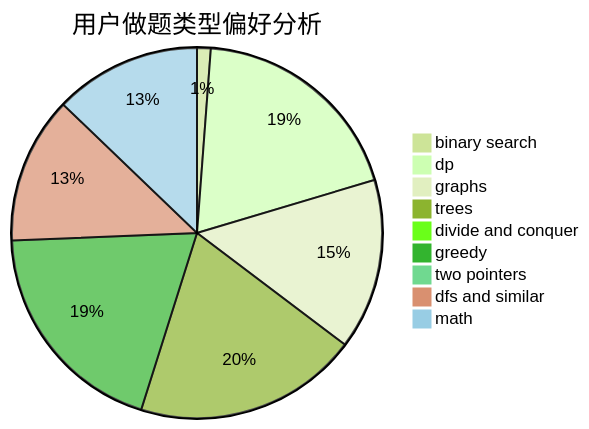
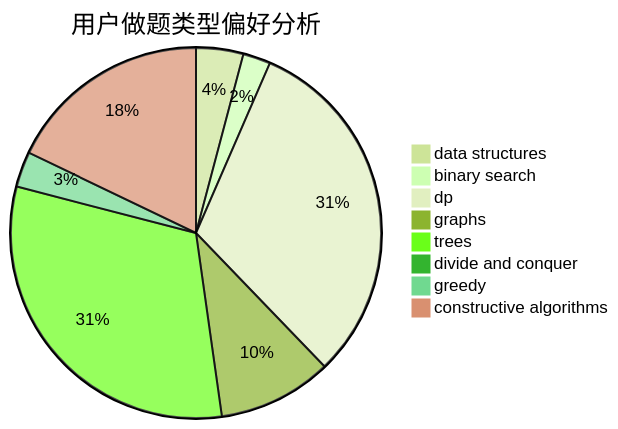
The second of 3 diagrams in docs/user/u2668.md (sherpahu/cfrs.github.io), drawn with Mermaid (forest theme) before and after one commit. The commit also changed other lines of this file and 2775 other files, not shown here.

````diff
--- a/docs/user/u2668.md
+++ b/docs/user/u2668.md
@@ -23,12 +23,11 @@
 ```mermaid
 pie title 用户做题类型偏好分析
-    "binary search" :  12
-    "dp" :  193
-    "graphs" :  150
-    "trees" :  197
+    "data structures" :  12
+    "binary search" :  7
+    "dp" :  91
+    "graphs" :  29
+    "trees" :  91
     "divide and conquer" :  0
-    "greedy" :  196
-    "two pointers" :  0
-    "dfs and similar" :  129
-    "math" :  129
+    "greedy" :  9
+    "constructive algorithms" :  52
 ```
````
